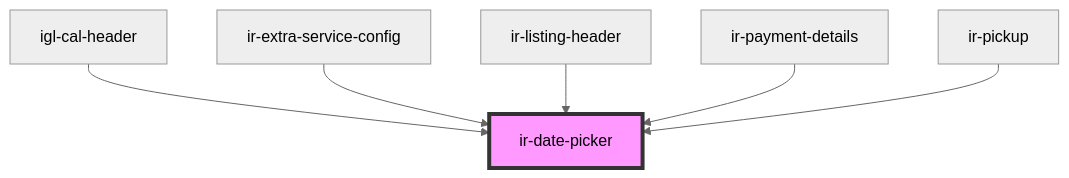
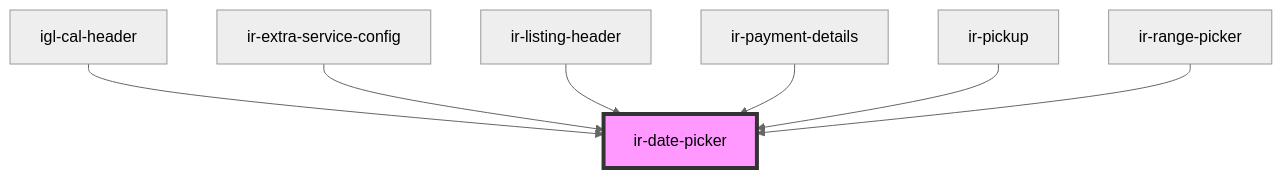
One commit to David1Chowaifaty/modified-ir-webcmp changed the diagram in src/components/ui/ir-date-picker/readme.md. Above: the diagram before and after it, drawn with Mermaid (neutral theme). The commit also changed other lines of this file and 12 other files, not shown here.

````diff
--- a/src/components/ui/ir-date-picker/readme.md
+++ b/src/components/ui/ir-date-picker/readme.md
@@ -73,9 +74,10 @@
 ```mermaid
 graph TD;
   igl-cal-header --> ir-date-picker
   ir-extra-service-config --> ir-date-picker
   ir-listing-header --> ir-date-picker
   ir-payment-details --> ir-date-picker
   ir-pickup --> ir-date-picker
+  ir-range-picker --> ir-date-picker
   style ir-date-picker fill:#f9f,stroke:#333,stroke-width:4px
 ```
````
